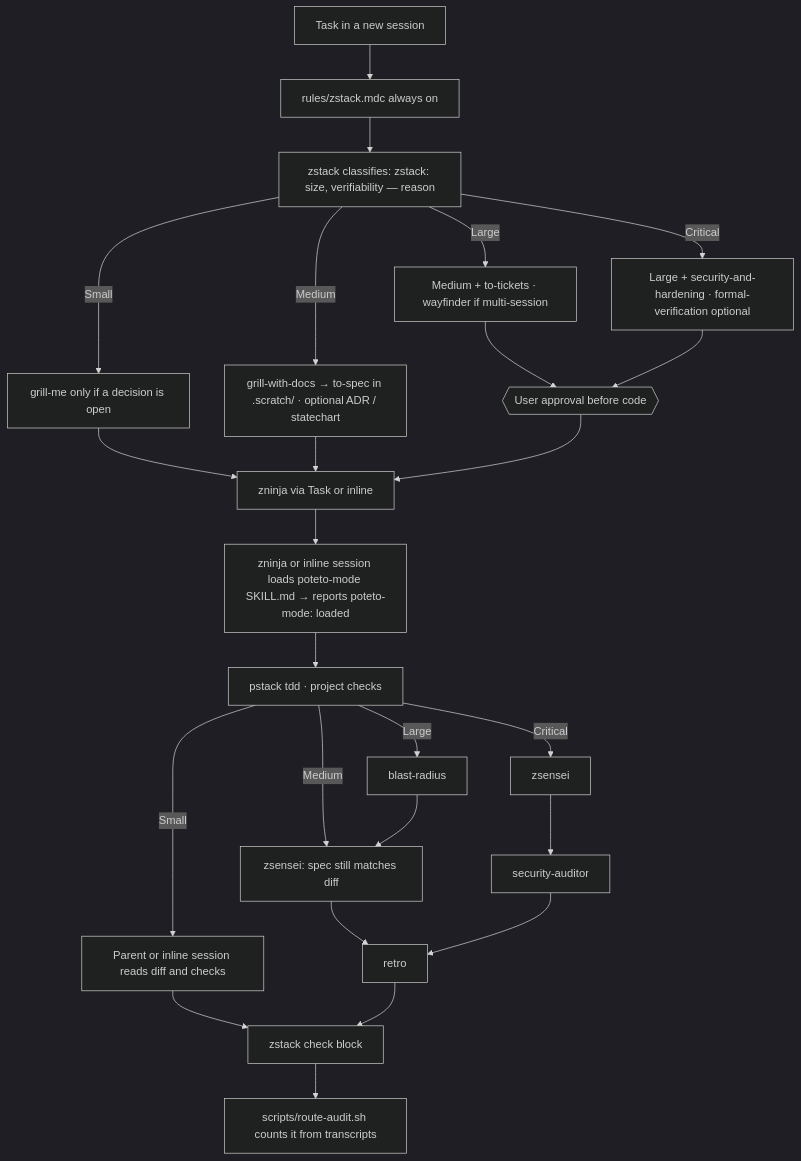
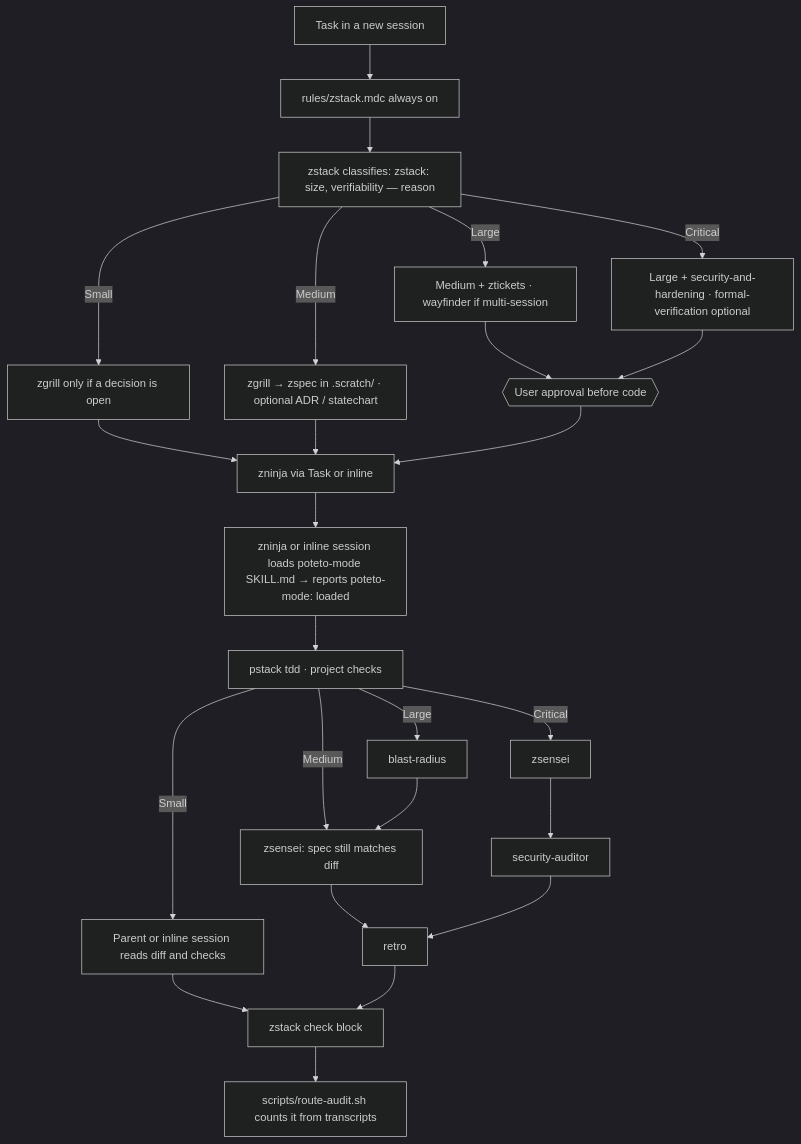
One commit to Byevenes/agent-workflow changed the diagram in docs/software-factory.md. Above: the diagram before and after it, drawn with Mermaid (dark theme). The commit also changed 10 other files, not shown here.

Commit message:
feat(zstack): add zgrill, zspec, ztickets wrappers over Matt's skills; optional MCP env in setup-check

````diff
--- a/docs/software-factory.md
+++ b/docs/software-factory.md
@@ -5,25 +5,25 @@
 ```mermaid
 flowchart TD
   task[Task in a new session] --> rule[rules/zstack.mdc always on]
   rule --> rw[zstack classifies: zstack: size, verifiability — reason]
-  rw -->|Small| sPlan[grill-me only if a decision is open]
-  rw -->|Medium| mPlan[grill-with-docs → to-spec in .scratch/ · optional ADR / statechart]
-  rw -->|Large| lPlan[Medium + to-tickets · wayfinder if multi-session]
+  rw -->|Small| sPlan[zgrill only if a decision is open]
+  rw -->|Medium| mPlan[zgrill → zspec in .scratch/ · optional ADR / statechart]
+  rw -->|Large| lPlan[Medium + ztickets · wayfinder if multi-session]
   rw -->|Critical| cPlan[Large + security-and-hardening · formal-verification optional]
   lPlan --> gate{{User approval before code}}
   cPlan --> gate
   sPlan --> impl
   mPlan --> impl
   gate --> impl[zninja via Task or inline]
   impl --> pm[zninja or inline session loads poteto-mode SKILL.md → reports poteto-mode: loaded]
   pm --> tdd[pstack tdd · project checks]
   tdd -->|Small| done[Parent or inline session reads diff and checks]
   tdd -->|Medium| cr[zsensei: spec still matches diff]
   tdd -->|Large| br[blast-radius] --> cr
   tdd -->|Critical| cr2[zsensei] --> sa[security-auditor]
   cr --> retro[retro]
   sa --> retro
   done --> check[zstack check block]
   retro --> check
   check --> audit[scripts/route-audit.sh counts it from transcripts]
 ```
````
